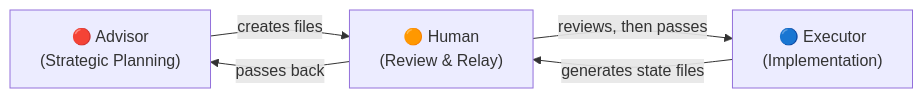
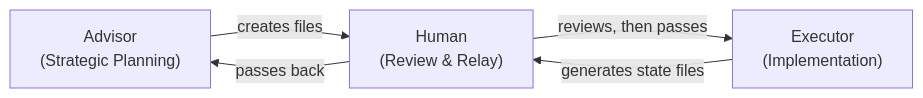
One commit to illtellyouwhat/AI-LOCK-file-workflow changed the diagram in README.md. Above: the diagram before and after it, drawn with Mermaid. The commit also changed other lines of this file and 3 other files, not shown here.

````diff
--- a/README.md
+++ b/README.md
@@ -23,11 +25,11 @@
 ```mermaid
 graph LR
-    A["🔴 Advisor\n(Strategic Planning)"]
-    H["🟠 Human\n(Review & Relay)"]
-    B["🔵 Executor\n(Implementation)"]
+    A["Advisor\n(Strategic Planning)"]
+    H["Human\n(Review & Relay)"]
+    B["Executor\n(Implementation)"]
 
     A -- "creates files" --> H
     H -- "reviews, then passes" --> B
     B -- "generates state files" --> H
     H -- "passes back" --> A
 ```
````
